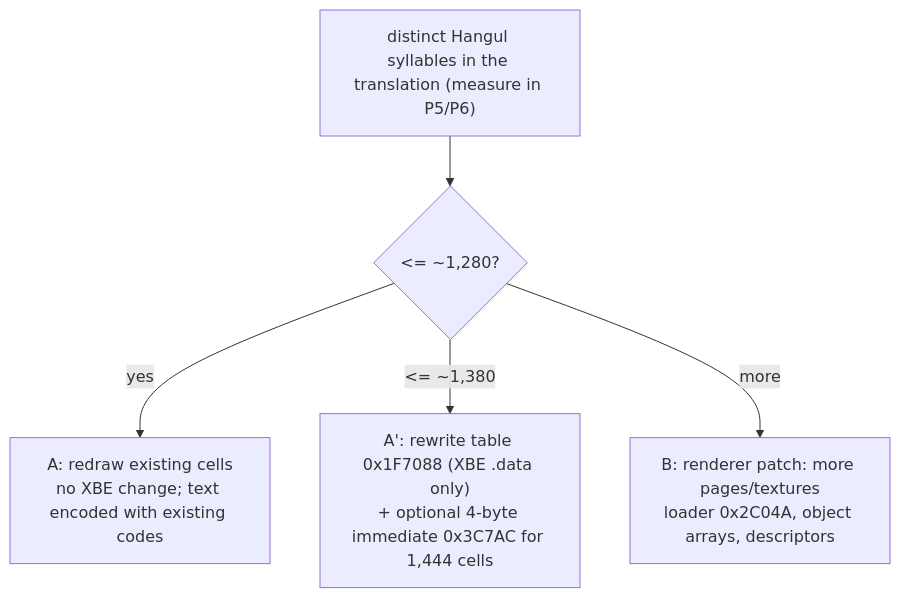
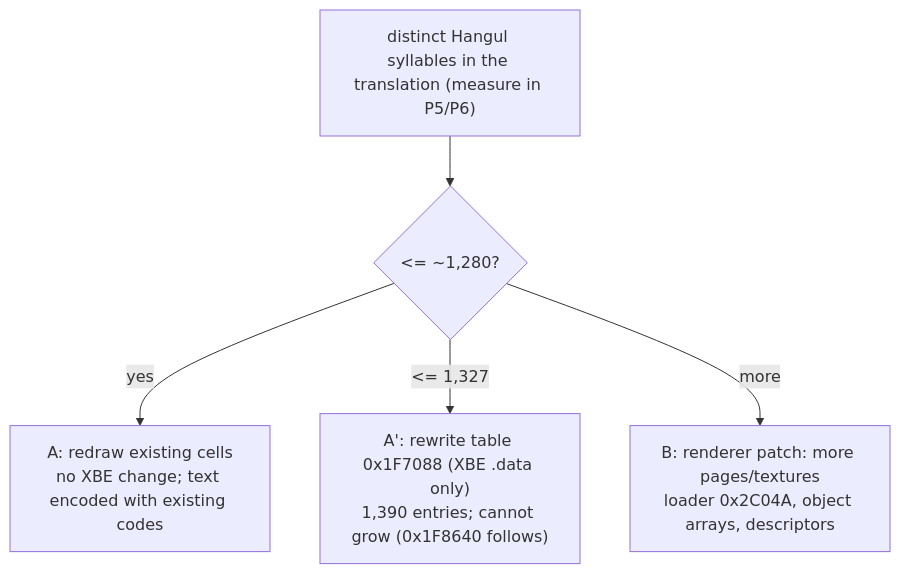
The third of 3 diagrams in docs/analysis/text-renderer.md (nworkers/JSRF-kr-patch), drawn with Mermaid before and after one commit. The commit also changed other lines of this file and 18 other files, not shown here.

````diff
--- a/docs/analysis/text-renderer.md
+++ b/docs/analysis/text-renderer.md
@@ -187,7 +187,7 @@
 ```mermaid
 flowchart TD
     N["distinct Hangul syllables in the translation (measure in P5/P6)"] --> Q{"<= ~1,280?"}
     Q -->|yes| A["A: redraw existing cells<br/>no XBE change; text encoded with existing codes"]
-    Q -->|"<= ~1,380"| A2["A': rewrite table 0x1F7088 (XBE .data only)<br/>+ optional 4-byte immediate 0x3C7AC for 1,444 cells"]
+    Q -->|"<= 1,327"| A2["A': rewrite table 0x1F7088 (XBE .data only)<br/>1,390 entries; cannot grow (0x1F8640 follows)"]
     Q -->|"more"| B["B: renderer patch: more pages/textures<br/>loader 0x2C04A, object arrays, descriptors"]
 ```
````
